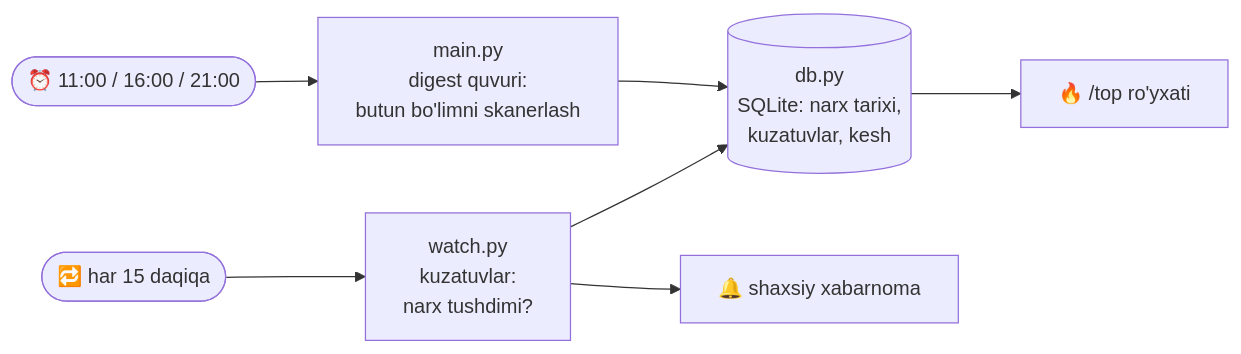
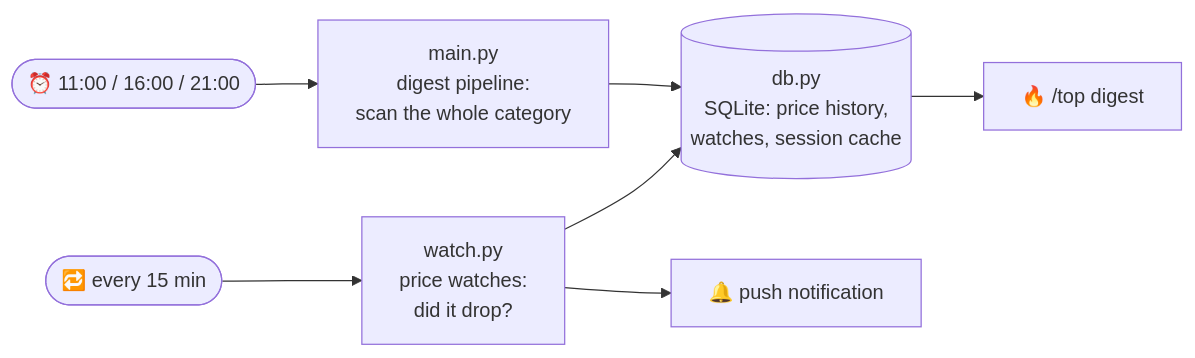
The second of 2 diagrams in README.md (VohidovTohirjon/telegram-deal-hunter), drawn with Mermaid before and after one commit. The commit also changed other lines of this file and 1 other file, not shown here.

````diff
--- a/README.md
+++ b/README.md
@@ -210,9 +121,9 @@
 ```mermaid
 flowchart LR
-    T1(["⏰ 11:00 / 16:00 / 21:00"]) --> M["main.py<br/>digest quvuri:<br/>butun bo'limni skanerlash"]
-    T2(["🔁 har 15 daqiqa"]) --> W["watch.py<br/>kuzatuvlar:<br/>narx tushdimi?"]
-    M --> DB[("db.py<br/>SQLite: narx tarixi,<br/>kuzatuvlar, kesh")]
+    T1(["⏰ 11:00 / 16:00 / 21:00"]) --> M["main.py<br/>digest pipeline:<br/>scan the whole category"]
+    T2(["🔁 every 15 min"]) --> W["watch.py<br/>price watches:<br/>did it drop?"]
+    M --> DB[("db.py<br/>SQLite: price history,<br/>watches, session cache")]
     W --> DB
-    DB --> TOP["🔥 /top ro'yxati"]
-    W --> N["🔔 shaxsiy xabarnoma"]
+    DB --> TOP["🔥 /top digest"]
+    W --> N["🔔 push notification"]
 ```
````
